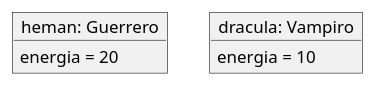
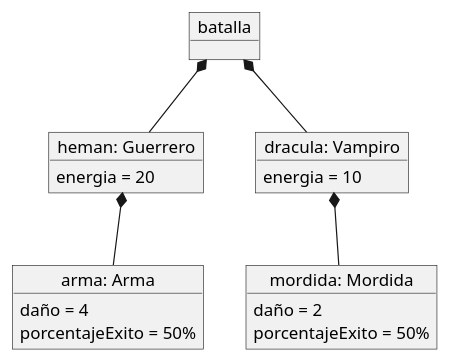
One commit to DaniFdezC/pyBatalla changed the diagram in MdD.do.puml. Above: the diagram before and after it, drawn with PlantUML. The commit also changed 2 other files, not shown here.

```diff
--- a/MdD.do.puml
+++ b/MdD.do.puml
@@ -1,7 +1,26 @@
 object "heman: Guerrero" as heman{
     energia = 20
+    
+}
+
+object "arma: Arma" as arma {
+    daño = 4
+    porcentajeExito = 50%
 }
 
 object "dracula: Vampiro" as dracula{
     energia = 10
 }
+
+object "mordida: Mordida" as mordida {
+    daño = 2
+    porcentajeExito = 50%
+}
+
+object batalla
+
+batalla *-d- heman
+batalla *-d- dracula
+
+heman *-- arma
+dracula *-- mordida
```
